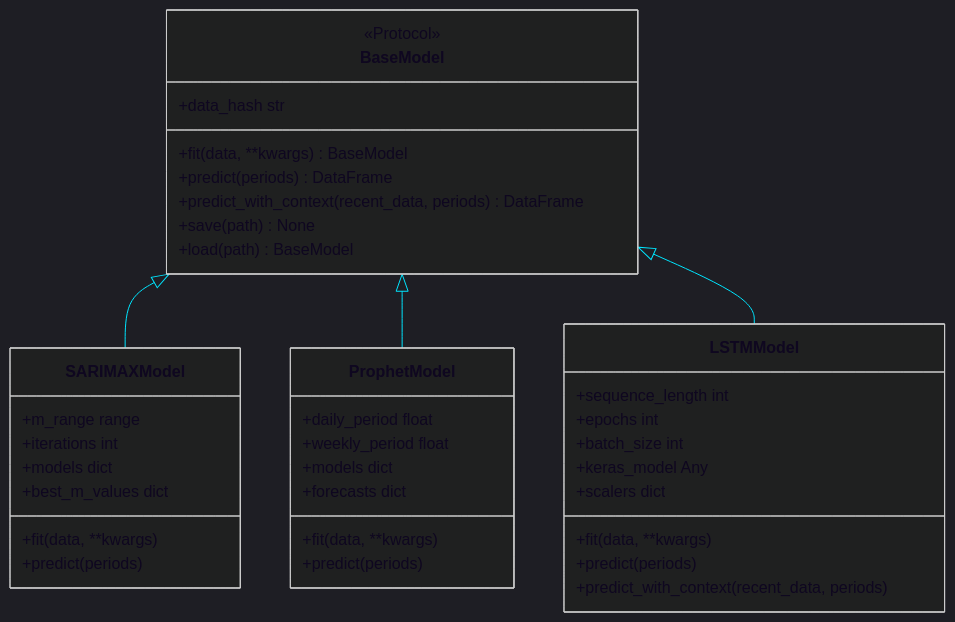
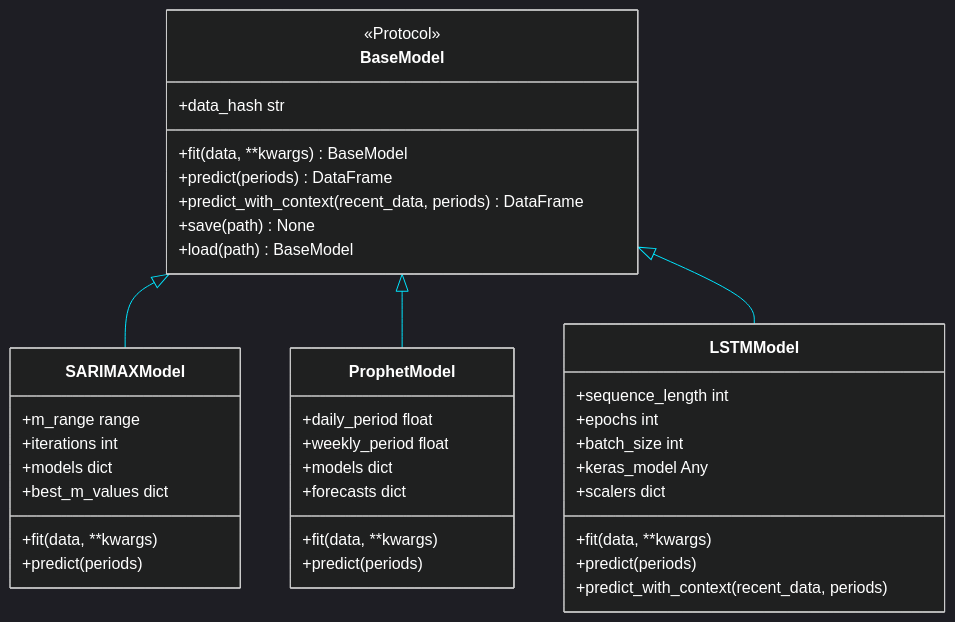
One commit to simwai/sarimax-ohlcv-prediction changed the third of 4 diagrams in README.md. Above: the diagram before and after it, drawn with Mermaid. The commit also changed other lines of this file, not shown here.

Commit message:
fix: improve badge contrast and Mermaid text readability

````diff
--- a/README.md
+++ b/README.md
@@ -125,56 +125,56 @@
 ```mermaid
 ---
 config:
   theme: dark
   themeVariables:
     primaryColor: '#00e5ff'
-    primaryTextColor: '#0f0720'
+    primaryTextColor: '#ffffff'
     primaryBorderColor: '#00e5ff'
     lineColor: '#00e5ff'
     secondaryColor: '#1a0b2e'
-    tertiaryColor: '#0f0720'
+    tertiaryColor: '#1a0b2e'
 ---
 classDiagram
     class BaseModel {
         <<Protocol>>
         +fit(data, **kwargs) BaseModel
         +predict(periods) DataFrame
         +predict_with_context(recent_data, periods) DataFrame
         +save(path) None
         +load(path) BaseModel
         +data_hash str
     }
 
     class SARIMAXModel {
         +m_range range
         +iterations int
         +models dict
         +best_m_values dict
         +fit(data, **kwargs)
         +predict(periods)
     }
 
     class ProphetModel {
         +daily_period float
         +weekly_period float
         +models dict
         +forecasts dict
         +fit(data, **kwargs)
         +predict(periods)
     }
 
     class LSTMModel {
         +sequence_length int
         +epochs int
         +batch_size int
         +keras_model Any
         +scalers dict
         +fit(data, **kwargs)
         +predict(periods)
         +predict_with_context(recent_data, periods)
     }
 
     BaseModel <|-- SARIMAXModel
     BaseModel <|-- ProphetModel
     BaseModel <|-- LSTMModel
 ```
````
